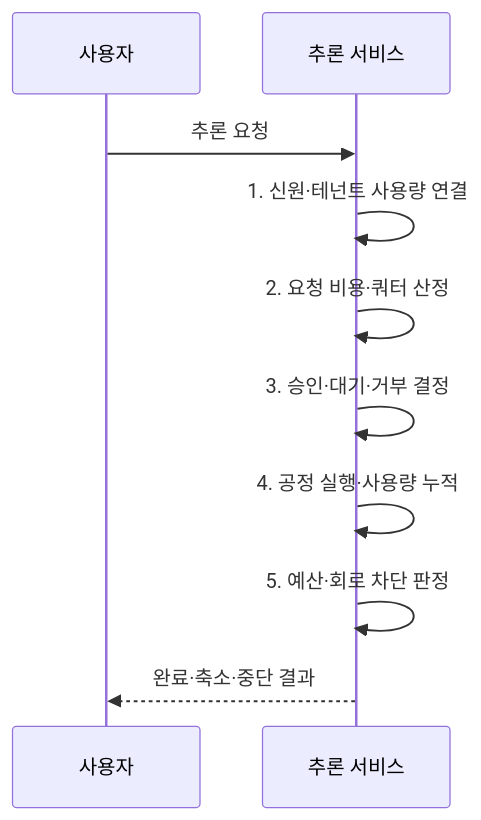
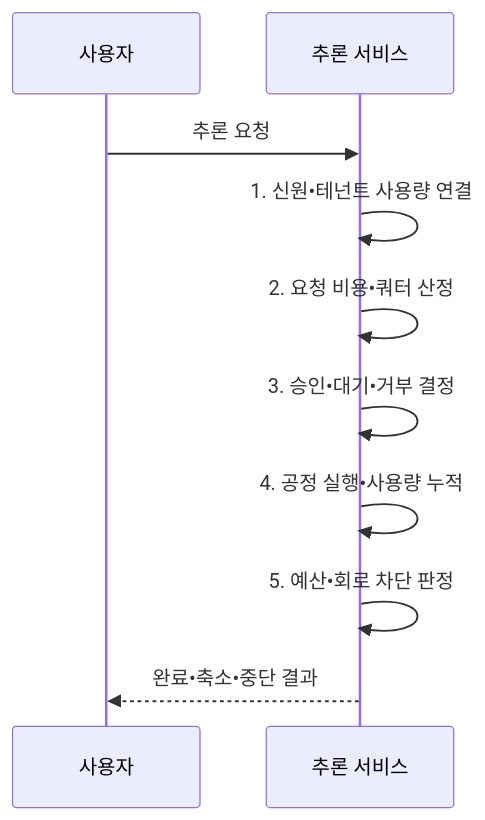
One commit to agnusdei1207/knowledge-base changed the second of 2 diagrams in src/content/docs/notes/05-security/087_model_denial_of_service.md. Above: the diagram before and after it, drawn with Mermaid. The commit also changed other lines of this file and 953 other files, not shown here.

````diff
--- a/src/content/docs/notes/05-security/087_model_denial_of_service.md
+++ b/src/content/docs/notes/05-security/087_model_denial_of_service.md
@@ -98,12 +98,12 @@
 ```mermaid
 sequenceDiagram
     participant U as 사용자
     participant S as 추론 서비스
     U->>S: 추론 요청
-    S->>S: 1. 신원·테넌트 사용량 연결
-    S->>S: 2. 요청 비용·쿼터 산정
-    S->>S: 3. 승인·대기·거부 결정
-    S->>S: 4. 공정 실행·사용량 누적
-    S->>S: 5. 예산·회로 차단 판정
-    S-->>U: 완료·축소·중단 결과
+    S->>S: 1. 신원•테넌트 사용량 연결
+    S->>S: 2. 요청 비용•쿼터 산정
+    S->>S: 3. 승인•대기•거부 결정
+    S->>S: 4. 공정 실행•사용량 누적
+    S->>S: 5. 예산•회로 차단 판정
+    S-->>U: 완료•축소•중단 결과
 ```
````
